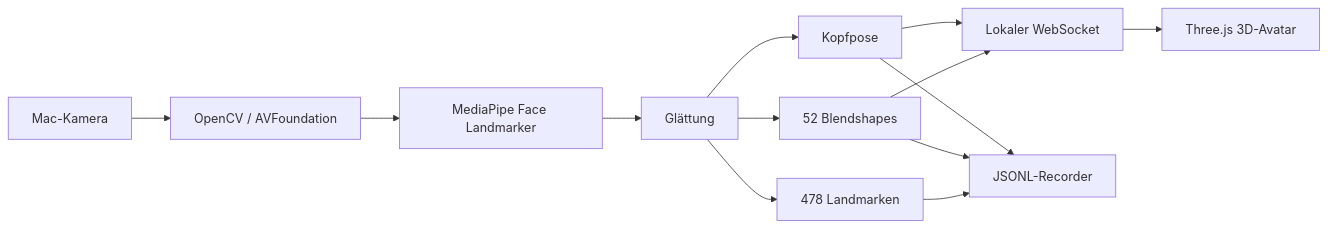
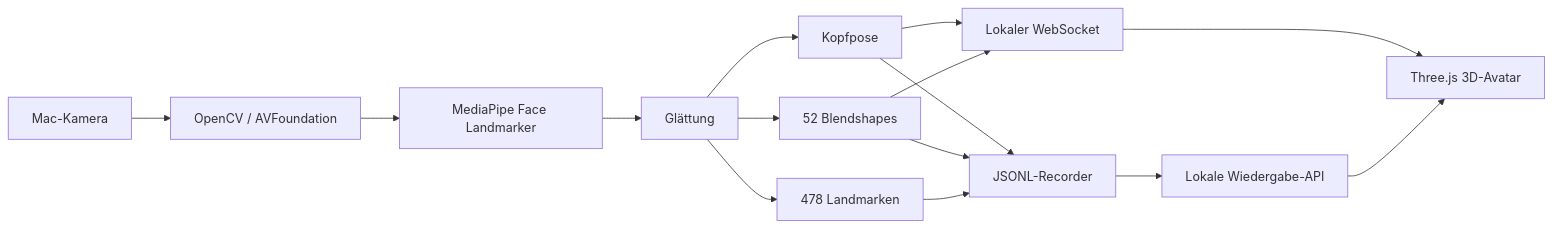
One commit to MichaelHein65/gesichtsanalyse-mac changed the diagram in docs/ARCHITEKTUR.md. Above: the diagram before and after it, drawn with Mermaid. The commit also changed other lines of this file and 7 other files, not shown here.

Commit message:
Add avatar recording playback

````diff
--- a/docs/ARCHITEKTUR.md
+++ b/docs/ARCHITEKTUR.md
@@ -5,15 +5,17 @@
 ```mermaid
 flowchart LR
     Camera[Mac-Kamera] --> OpenCV[OpenCV / AVFoundation]
     OpenCV --> MediaPipe[MediaPipe Face Landmarker]
     MediaPipe --> Smooth[Glättung]
     Smooth --> Pose[Kopfpose]
     Smooth --> Shapes[52 Blendshapes]
     Smooth --> Points[478 Landmarken]
     Pose --> Socket[Lokaler WebSocket]
     Shapes --> Socket
     Socket --> Avatar[Three.js 3D-Avatar]
     Pose --> Recorder[JSONL-Recorder]
     Shapes --> Recorder
     Points --> Recorder
+    Recorder --> Playback[Lokale Wiedergabe-API]
+    Playback --> Avatar
 ```
````
